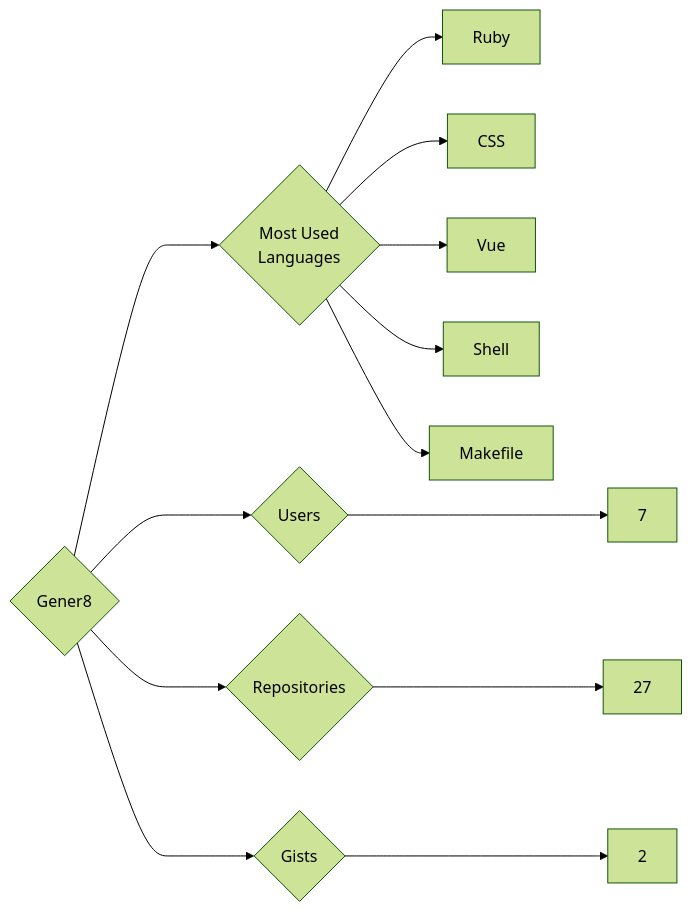
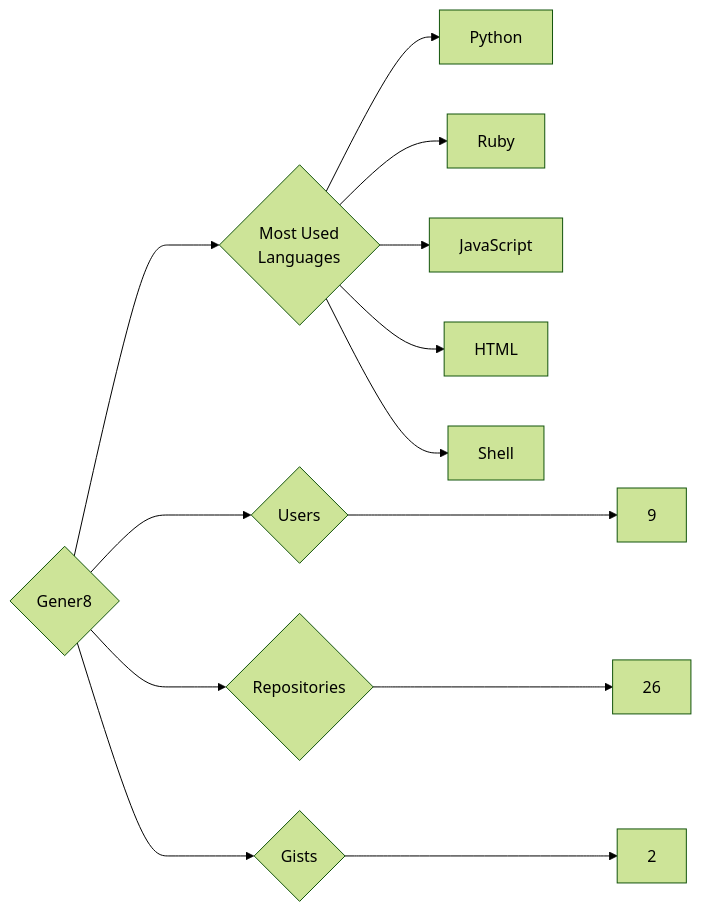
One commit to trickest/insiders changed the diagram in targets/Gener8/README.md. Above: the diagram before and after it, drawn with Mermaid (forest theme). The commit also changed 1120 other files, not shown here.

````diff
--- a/targets/Gener8/README.md
+++ b/targets/Gener8/README.md
@@ -3,13 +3,13 @@
 ```mermaid
 graph LR
 COMPANY_NAME{Gener8}
-COMPANY_NAME ---> U{Users} ---> UN[7]
-COMPANY_NAME ---> R{Repositories} ---> RN[27]
+COMPANY_NAME ---> U{Users} ---> UN[9]
+COMPANY_NAME ---> R{Repositories} ---> RN[26]
 COMPANY_NAME ---> G{Gists} ---> GN[2]
 COMPANY_NAME ---> ML{Most Used<br>Languages}
+ML --> Python[Python]
 ML --> Ruby[Ruby]
-ML --> CSS[CSS]
-ML --> Vue[Vue]
+ML --> JavaScript[JavaScript]
+ML --> HTML[HTML]
 ML --> Shell[Shell]
-ML --> Makefile[Makefile]
 ```
````
